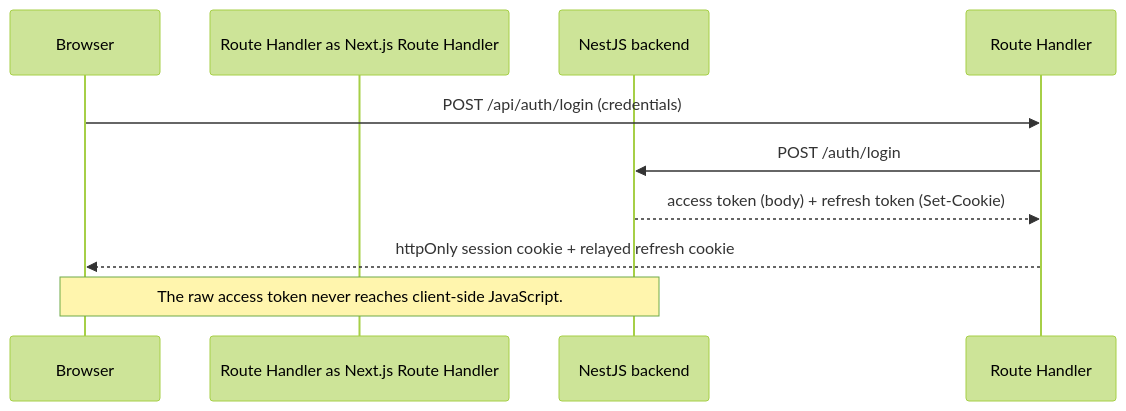
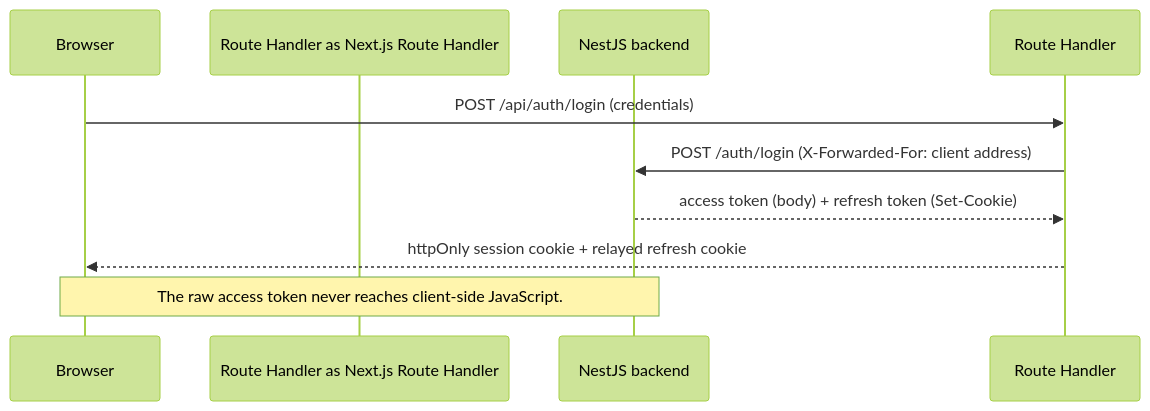
Before and after one commit to 0xkoat/frontend-gerance: the diagram in README.md, drawn with Mermaid (forest theme). The commit also changed other lines of this file and 1 other file, not shown here.

````diff
--- a/README.md
+++ b/README.md
@@ -29,12 +79,12 @@
 ```mermaid
 sequenceDiagram
     participant Browser
     participant Route Handler as Next.js Route Handler
     participant API as NestJS backend
 
     Browser->>Route Handler: POST /api/auth/login (credentials)
-    Route Handler->>API: POST /auth/login
+    Route Handler->>API: POST /auth/login (X-Forwarded-For: client address)
     API-->>Route Handler: access token (body) + refresh token (Set-Cookie)
     Route Handler-->>Browser: httpOnly session cookie + relayed refresh cookie
     Note over Browser,API: The raw access token never reaches client-side JavaScript.
 ```
````
